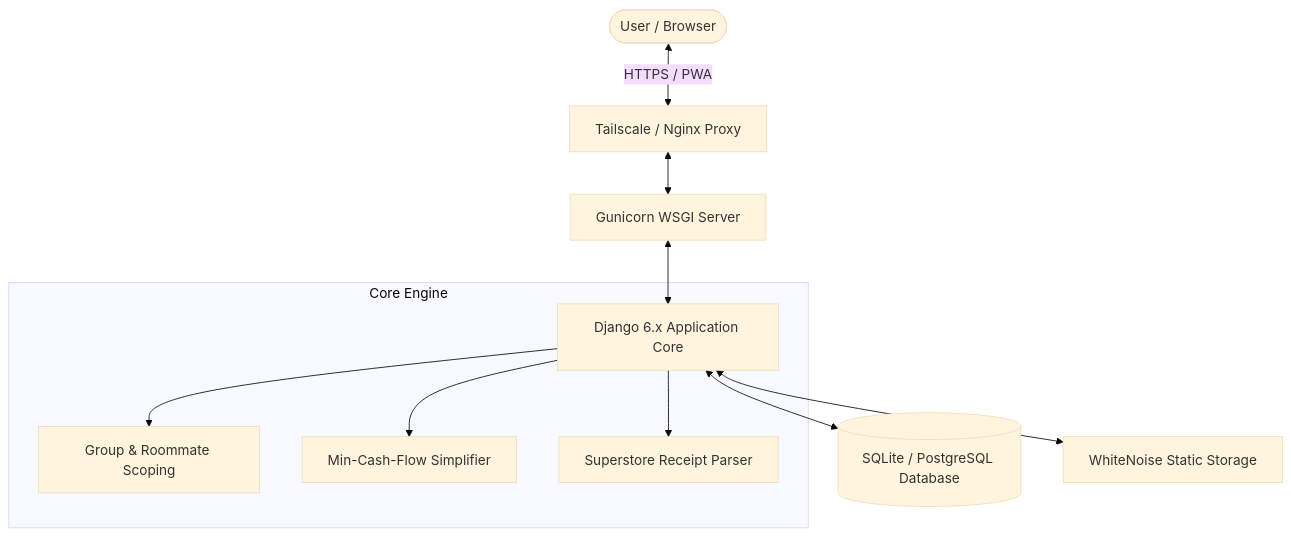
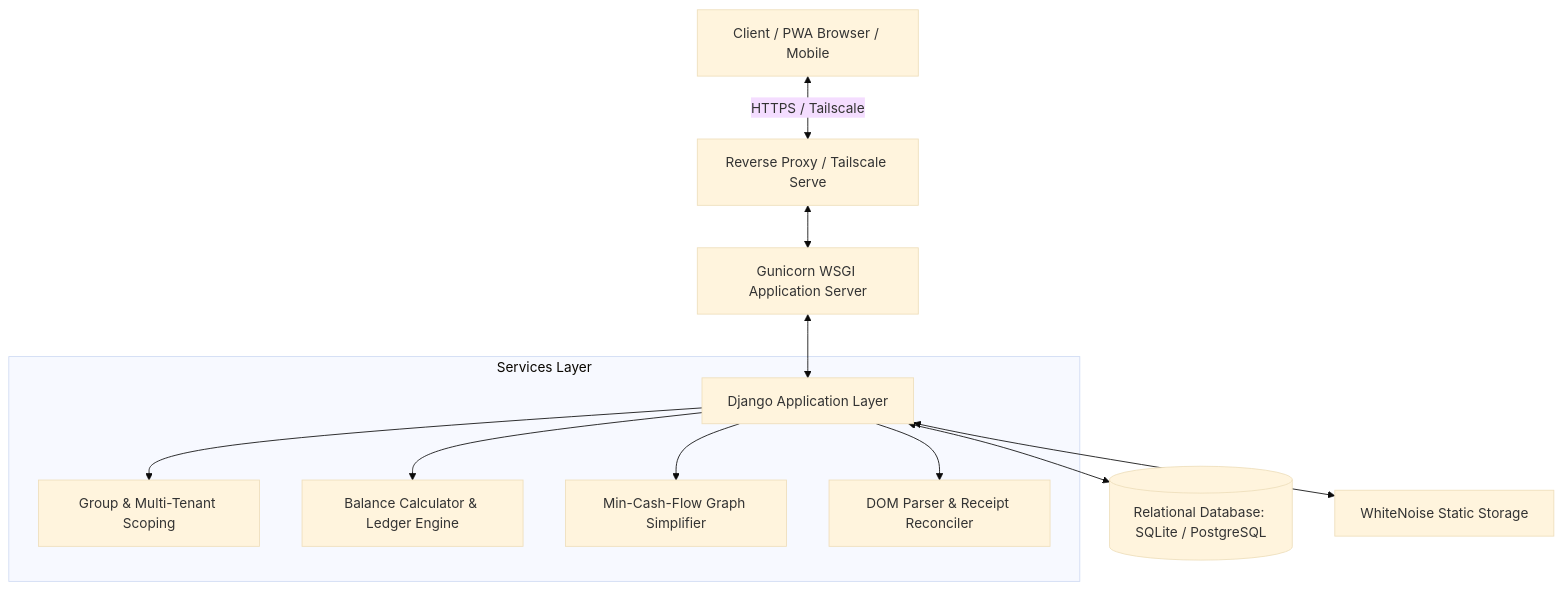
The first of 2 diagrams in docs/ARCHITECTURE.md (D-ENCODER/SplitFlow), drawn with Mermaid (base theme) before and after one commit. The commit also changed other lines of this file and 5 other files, not shown here.

Commit message:
docs: professional documentation overhaul, full function and architectural reference, emoji scrub, and 512x512 profile logo integration

````diff
--- a/docs/ARCHITECTURE.md
+++ b/docs/ARCHITECTURE.md
@@ -9,14 +11,15 @@
 ```mermaid
 graph TD
-    User([User / Browser]) <--> |HTTPS / PWA| Nginx[Tailscale / Nginx Proxy]
-    Nginx <--> Gunicorn[Gunicorn WSGI Server]
-    Gunicorn <--> Django[Django 6.x Application Core]
-    Django <--> DB[(SQLite / PostgreSQL Database)]
-    Django <--> Static[WhiteNoise Static Storage]
+    Client[Client / PWA Browser / Mobile] <--> |HTTPS / Tailscale| Proxy[Reverse Proxy / Tailscale Serve]
+    Proxy <--> WSGI[Gunicorn WSGI Application Server]
+    WSGI <--> Core[Django Application Layer]
+    Core <--> DB[(Relational Database: SQLite / PostgreSQL)]
+    Core <--> Static[WhiteNoise Static Storage]
     
-    subgraph Core Engine
-        Django --> Engine1[Group & Roommate Scoping]
-        Django --> Engine2[Min-Cash-Flow Simplifier]
-        Django --> Engine3[Superstore Receipt Parser]
+    subgraph Services Layer
+        Core --> SvcGroup[Group & Multi-Tenant Scoping]
+        Core --> SvcCalc[Balance Calculator & Ledger Engine]
+        Core --> SvcGraph[Min-Cash-Flow Graph Simplifier]
+        Core --> SvcParser[DOM Parser & Receipt Reconciler]
     end
 ```
````
